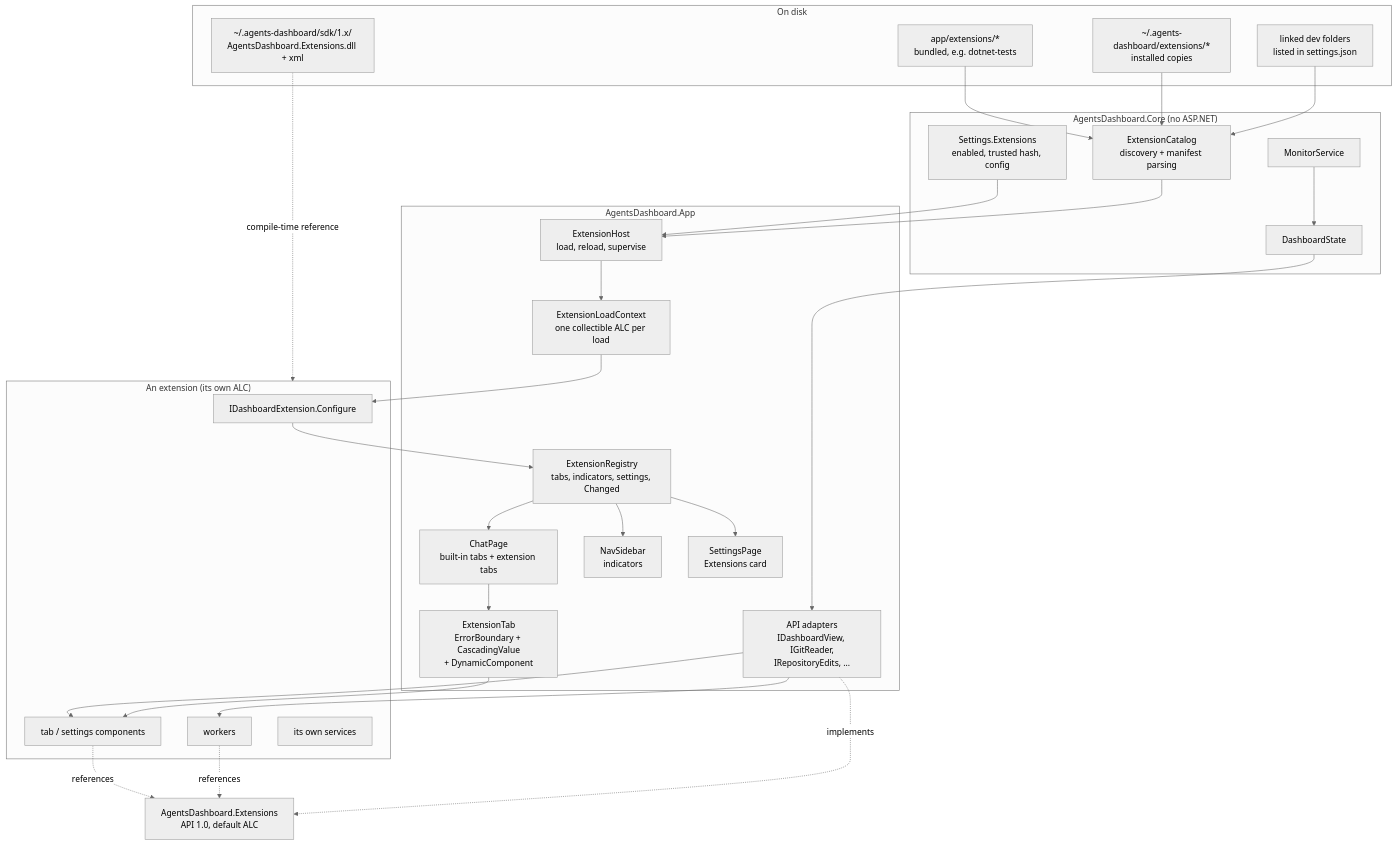
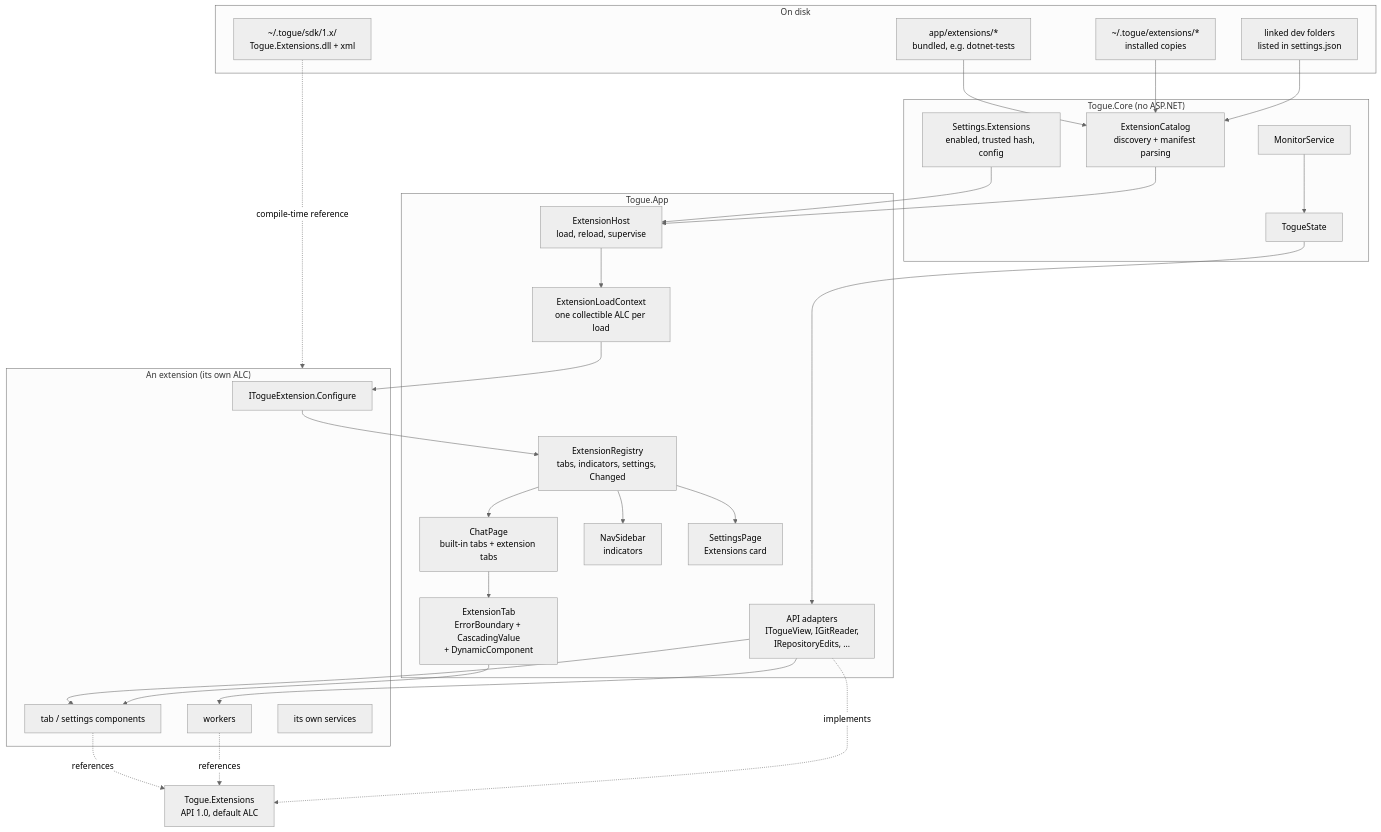
The first of 3 diagrams in docs/design/extensions.md (BradenTerry/Tog), drawn with Mermaid (neutral theme) before and after one commit. The commit also changed other lines of this file and 483 other files, not shown here.

First line of the commit message:
Rename the app from Agents Dashboard to Togue

````diff
--- a/docs/design/extensions.md
+++ b/docs/design/extensions.md
@@ -258,54 +258,54 @@
 ```mermaid
 flowchart TB
     subgraph disk["On disk"]
         B["app/extensions/*<br/>bundled, e.g. dotnet-tests"]
-        I["~/.agents-dashboard/extensions/*<br/>installed copies"]
+        I["~/.togue/extensions/*<br/>installed copies"]
         L["linked dev folders<br/>listed in settings.json"]
-        SDK["~/.agents-dashboard/sdk/1.x/<br/>AgentsDashboard.Extensions.dll + xml"]
+        SDK["~/.togue/sdk/1.x/<br/>Togue.Extensions.dll + xml"]
     end
 
-    subgraph core["AgentsDashboard.Core (no ASP.NET)"]
+    subgraph core["Togue.Core (no ASP.NET)"]
         CAT["ExtensionCatalog<br/>discovery + manifest parsing"]
         SET["Settings.Extensions<br/>enabled, trusted hash, config"]
         MON["MonitorService"]
-        DS["DashboardState"]
+        DS["TogueState"]
     end
 
-    subgraph app["AgentsDashboard.App"]
+    subgraph app["Togue.App"]
         HOST["ExtensionHost<br/>load, reload, supervise"]
         ALC["ExtensionLoadContext<br/>one collectible ALC per load"]
         REG["ExtensionRegistry<br/>tabs, indicators, settings, Changed"]
-        ADP["API adapters<br/>IDashboardView, IGitReader,<br/>IRepositoryEdits, ..."]
+        ADP["API adapters<br/>ITogueView, IGitReader,<br/>IRepositoryEdits, ..."]
         CHAT["ChatPage<br/>built-in tabs + extension tabs"]
         SIDE["NavSidebar<br/>indicators"]
         SP["SettingsPage<br/>Extensions card"]
         TAB["ExtensionTab<br/>ErrorBoundary + CascadingValue<br/>+ DynamicComponent"]
     end
 
     subgraph ext["An extension (its own ALC)"]
-        E["IDashboardExtension.Configure"]
+        E["ITogueExtension.Configure"]
         C["tab / settings components"]
         W["workers"]
         S["its own services"]
     end
 
-    API["AgentsDashboard.Extensions<br/>API 1.0, default ALC"]
+    API["Togue.Extensions<br/>API 1.0, default ALC"]
 
     B --> CAT
     I --> CAT
     L --> CAT
     SET --> HOST
     CAT --> HOST
     HOST --> ALC --> E
     E --> REG
     MON --> DS --> ADP
     ADP --> W
     ADP --> C
     REG --> CHAT --> TAB --> C
     REG --> SIDE
     REG --> SP
     C -.references.-> API
     W -.references.-> API
     ADP -.implements.-> API
     SDK -.compile-time reference.-> ext
 ```
````
